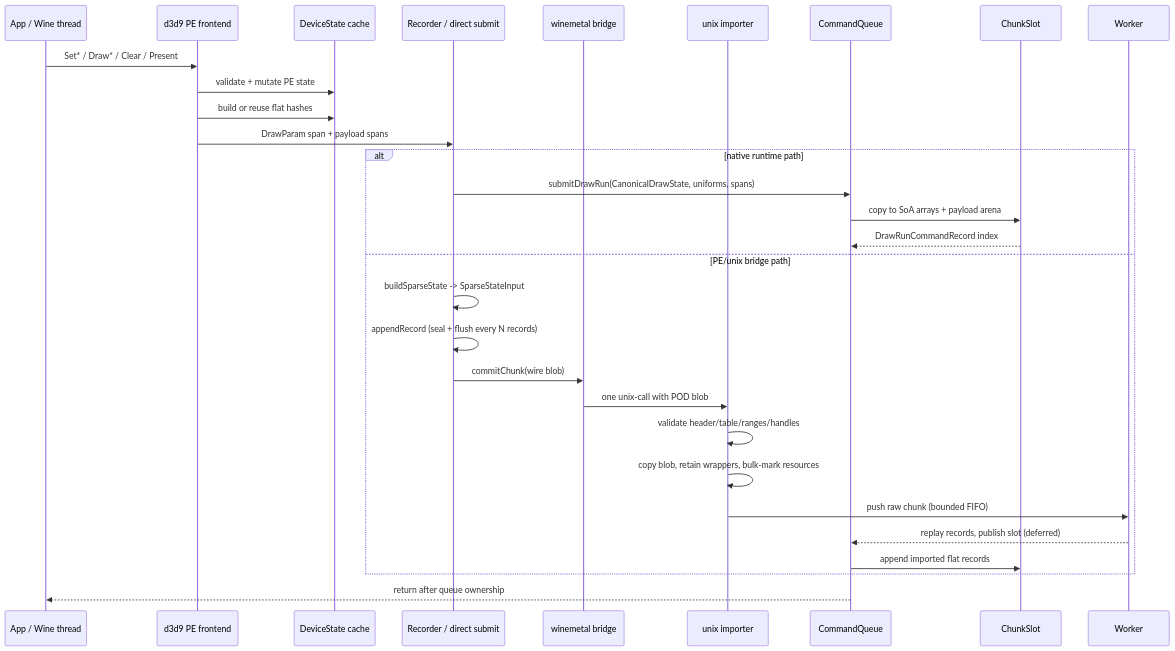
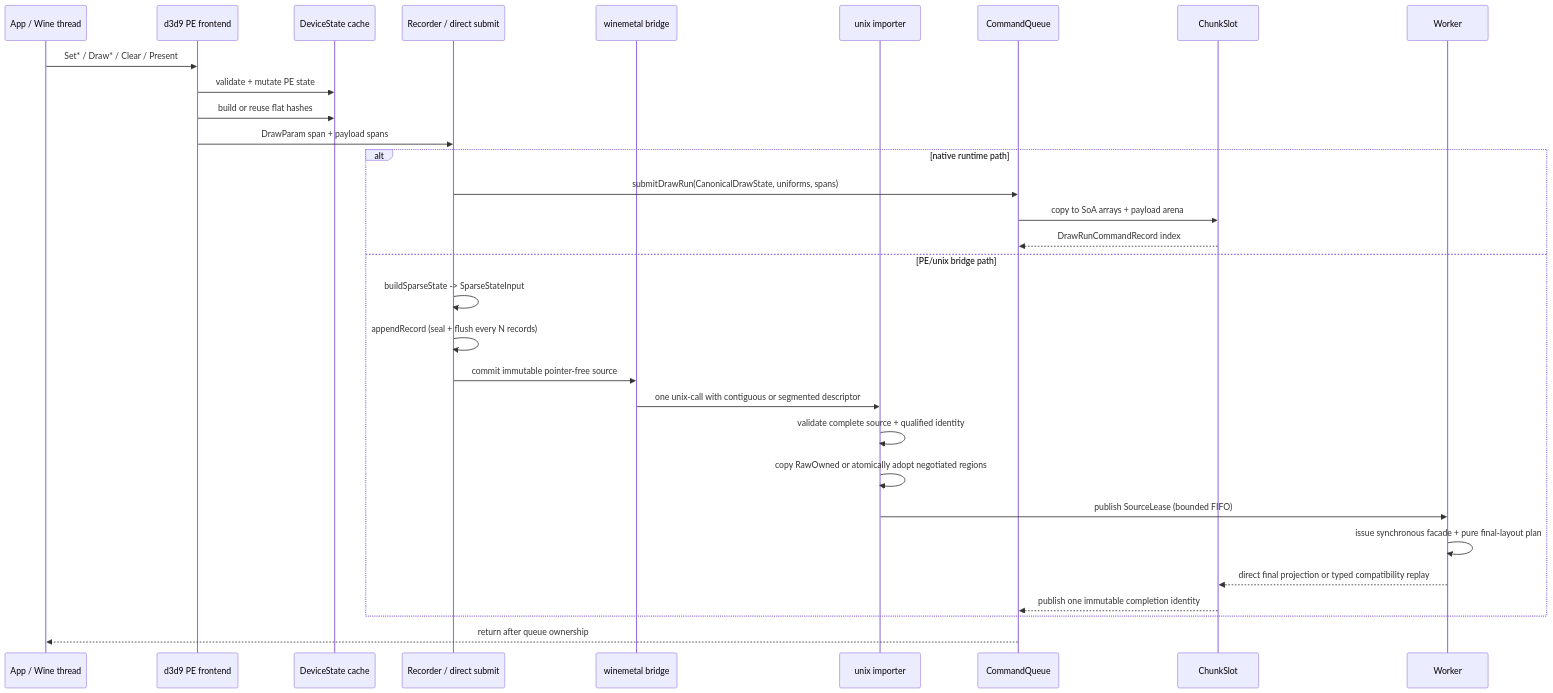
Before and after one commit to dfdgsdfg/dxmt9: the fifth of 14 diagrams in specs/archicture/spec.md, drawn with Mermaid. The commit also changed other lines of this file and 13 other files, not shown here.

Commit message:
docs: define end-to-end immutable source contract

````diff
--- a/specs/archicture/spec.md
+++ b/specs/archicture/spec.md
@@ -281,32 +373,33 @@
 ```mermaid
 sequenceDiagram
     participant App as App / Wine thread
     participant D9 as d3d9 PE frontend
     participant State as DeviceState cache
     participant Rec as Recorder / direct submit
     participant Bridge as winemetal bridge
     participant Import as unix importer
     participant CQ as CommandQueue
     participant Slot as ChunkSlot
 
     App->>D9: Set* / Draw* / Clear / Present
     D9->>State: validate + mutate PE state
     D9->>State: build or reuse flat hashes
     D9->>Rec: DrawParam span + payload spans
     alt native runtime path
         Rec->>CQ: submitDrawRun(CanonicalDrawState, uniforms, spans)
         CQ->>Slot: copy to SoA arrays + payload arena
         Slot-->>CQ: DrawRunCommandRecord index
     else PE/unix bridge path
         Rec->>Rec: buildSparseState -> SparseStateInput
         Rec->>Rec: appendRecord (seal + flush every N records)
-        Rec->>Bridge: commitChunk(wire blob)
-        Bridge->>Import: one unix-call with POD blob
-        Import->>Import: validate header/table/ranges/handles
-        Import->>Import: copy blob, retain wrappers, bulk-mark resources
-        Import->>Worker: push raw chunk (bounded FIFO)
-        Worker-->>CQ: replay records, publish slot (deferred)
-        CQ->>Slot: append imported flat records
+        Rec->>Bridge: commit immutable pointer-free source
+        Bridge->>Import: one unix-call with contiguous or segmented descriptor
+        Import->>Import: validate complete source + qualified identity
+        Import->>Import: copy RawOwned or atomically adopt negotiated regions
+        Import->>Worker: publish SourceLease (bounded FIFO)
+        Worker->>Worker: issue synchronous facade + pure final-layout plan
+        Worker-->>Slot: direct final projection or typed compatibility replay
+        Slot-->>CQ: publish one immutable completion identity
     end
     CQ-->>App: return after queue ownership
 ```
````
